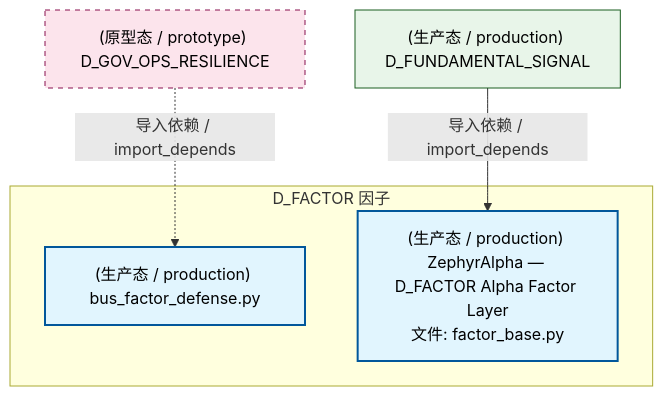
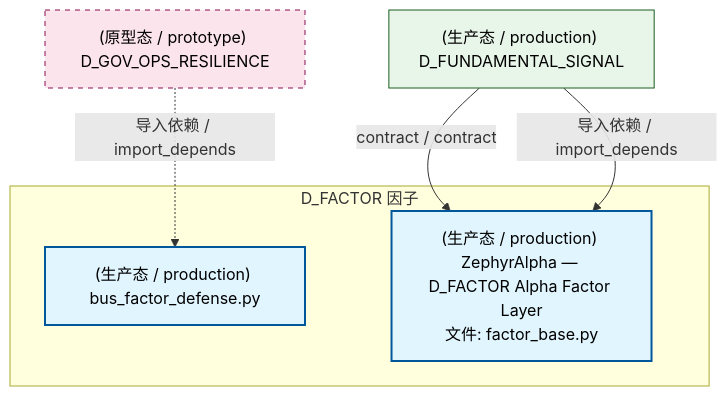
The second of 4 diagrams in docs/02_enterprise_architecture/02_domain_architecture_docs/36_d_factor.md (xuanFelixVan/ZephyrAlpha), drawn with Mermaid before and after one commit. The commit also changed other lines of this file and 101 other files, not shown here.

````diff
--- a/docs/02_enterprise_architecture/02_domain_architecture_docs/36_d_factor.md
+++ b/docs/02_enterprise_architecture/02_domain_architecture_docs/36_d_factor.md
@@ -108,18 +103,19 @@
 ```mermaid
 graph TD
     subgraph D_FACTOR["D_FACTOR 因子"]
         src_zephyr_factor_bus_factor_defense_py["(生产态 / production) bus_factor_defense.py"]
         src_zephyr_factor_factor_base_py["(生产态 / production) ZephyrAlpha — D_FACTOR Alpha Factor Layer<br/>文件: factor_base.py"]
     end
     D_FUNDAMENTAL_SIGNAL["(生产态 / production) D_FUNDAMENTAL_SIGNAL"]
+    D_FUNDAMENTAL_SIGNAL -->|contract / contract| src_zephyr_factor_factor_base_py
     D_FUNDAMENTAL_SIGNAL -->|导入依赖 / import_depends| src_zephyr_factor_factor_base_py
     D_GOV_OPS_RESILIENCE["(原型态 / prototype) D_GOV_OPS_RESILIENCE"]
     D_GOV_OPS_RESILIENCE -.->|导入依赖 / import_depends| src_zephyr_factor_bus_factor_defense_py
     classDef production fill:#e1f5fe,stroke:#01579b,stroke-width:2px,color:#000
     classDef design fill:#fff3e0,stroke:#e65100,stroke-width:2px,color:#000,stroke-dasharray: 5 5
     classDef external_prod fill:#e8f5e9,stroke:#1b5e20,stroke-width:1px,color:#000
     classDef external_design fill:#fce4ec,stroke:#880e4f,stroke-width:1px,color:#000,stroke-dasharray: 5 5
     class src_zephyr_factor_bus_factor_defense_py,src_zephyr_factor_factor_base_py production
     class D_FUNDAMENTAL_SIGNAL external_prod
     class D_GOV_OPS_RESILIENCE external_design
 ```
````
